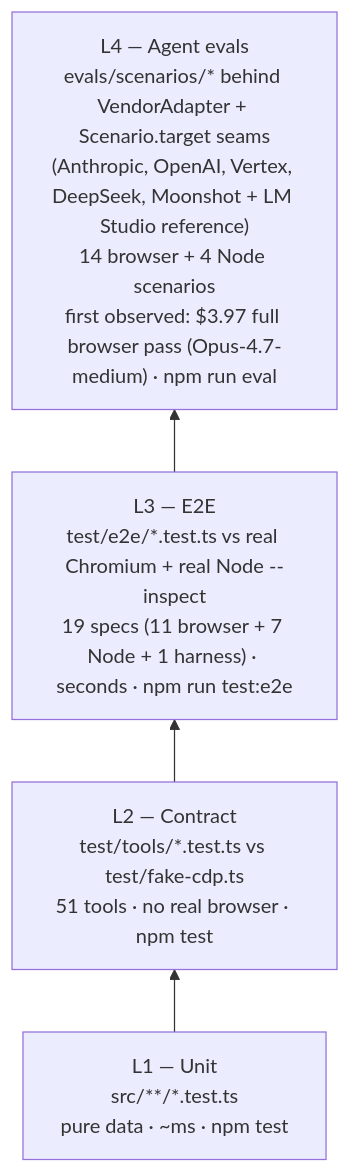
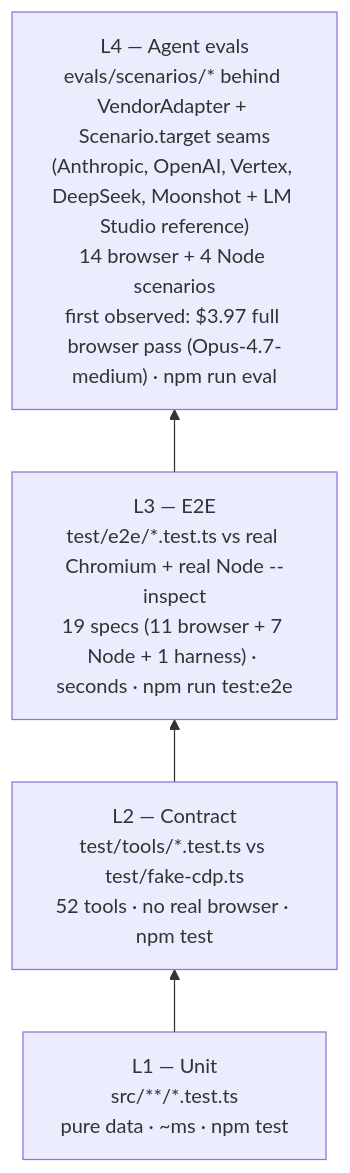
One commit to lcjanke2020/lynceus changed the sixth of 6 diagrams in docs/ARCHITECTURE.md. Above: the diagram before and after it, drawn with Mermaid. The commit also changed other lines of this file and 10 other files, not shown here.

````diff
--- a/docs/ARCHITECTURE.md
+++ b/docs/ARCHITECTURE.md
@@ -169,8 +169,8 @@
 ```mermaid
 flowchart BT
     L1["L1 — Unit<br/>src/**/*.test.ts<br/>pure data · ~ms · npm test"]
-    L2["L2 — Contract<br/>test/tools/*.test.ts vs test/fake-cdp.ts<br/>51 tools · no real browser · npm test"]
+    L2["L2 — Contract<br/>test/tools/*.test.ts vs test/fake-cdp.ts<br/>52 tools · no real browser · npm test"]
     L3["L3 — E2E<br/>test/e2e/*.test.ts vs real Chromium + real Node --inspect<br/>19 specs (11 browser + 7 Node + 1 harness) · seconds · npm run test:e2e"]
     L4["L4 — Agent evals<br/>evals/scenarios/* behind VendorAdapter + Scenario.target seams<br/>(Anthropic, OpenAI, Vertex, DeepSeek, Moonshot + LM Studio reference)<br/>14 browser + 4 Node scenarios<br/>first observed: $3.97 full browser pass (Opus-4.7-medium) · npm run eval"]
     L1 --> L2 --> L3 --> L4
 ```
````
